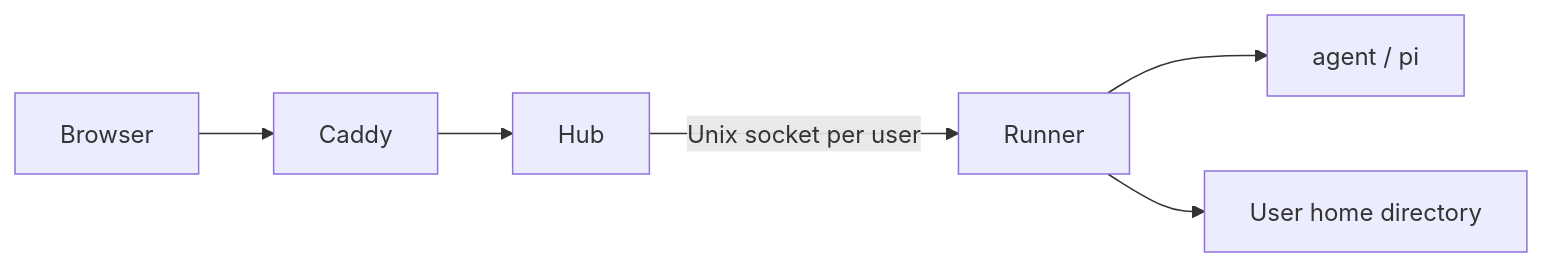
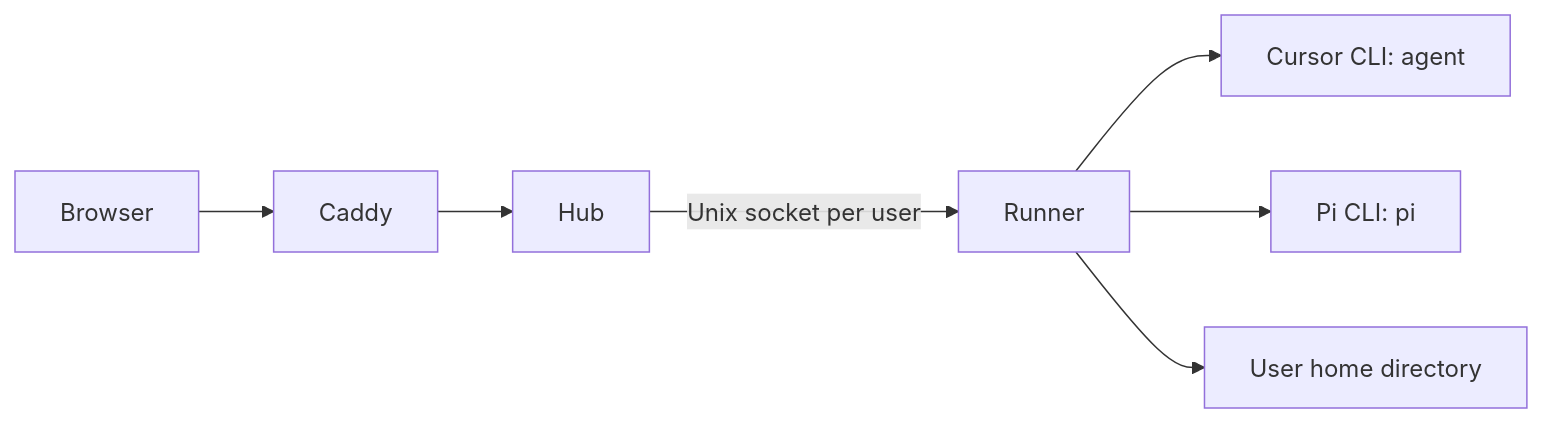
Before and after one commit to skuilplek/engineroom: the diagram in README.md, drawn with Mermaid. The commit also changed other lines of this file, not shown here.

````diff
--- a/README.md
+++ b/README.md
@@ -76,8 +88,9 @@
 ```mermaid
 flowchart LR
   Browser --> Caddy
   Caddy --> Hub
   Hub -->|"Unix socket per user"| Runner
-  Runner --> AgentCLIs["agent / pi"]
+  Runner --> CursorCLI["Cursor CLI: agent"]
+  Runner --> PiCLI["Pi CLI: pi"]
   Runner --> UserHome["User home directory"]
 ```
````
